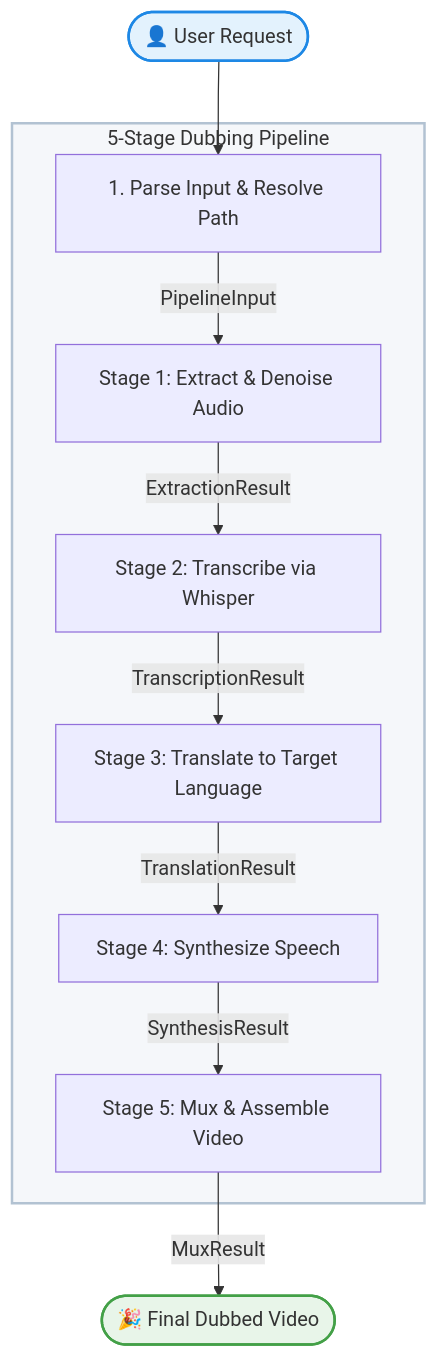
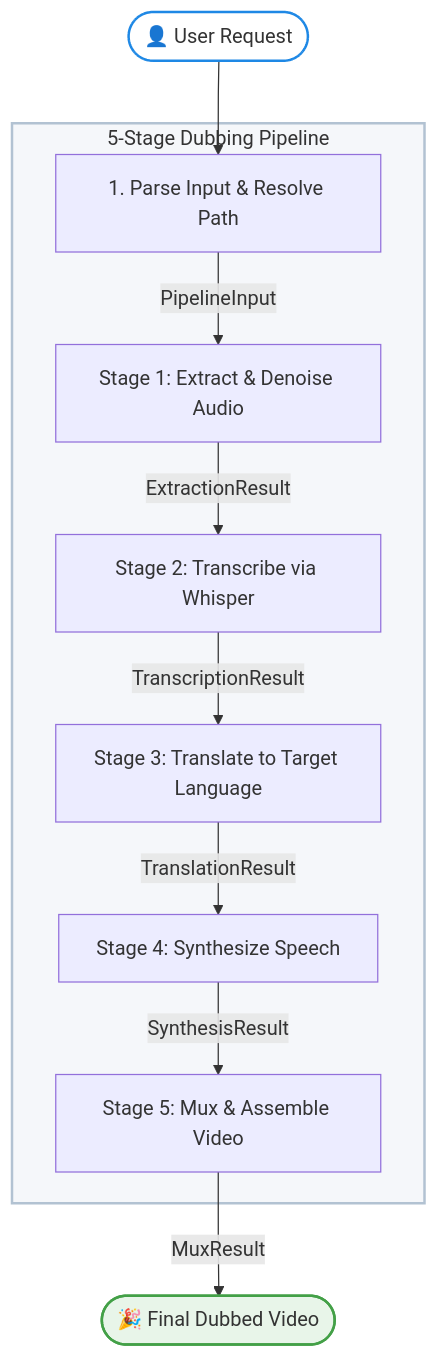
Before and after one commit to Bharath-2005-07/VaaniSync: the diagram in information/workflow_graph.md, drawn with Mermaid. The commit also changed other lines of this file and 8 other files, not shown here.

````diff
--- a/information/workflow_graph.md
+++ b/information/workflow_graph.md
@@ -9,18 +9,18 @@
 ```mermaid
 flowchart TD
     START(["👤 User Request"]) --> ParseInput["1. Parse Input & Resolve Path"]
     
     subgraph Pipeline ["5-Stage Dubbing Pipeline"]
         ParseInput -->|"PipelineInput"| ExtractAudio["Stage 1: Extract & Denoise Audio"]
         ExtractAudio -->|"ExtractionResult"| TranscribeAudio["Stage 2: Transcribe via Whisper"]
         TranscribeAudio -->|"TranscriptionResult"| TranslateSegments["Stage 3: Translate to Target Language"]
         TranslateSegments -->|"TranslationResult"| SynthesiseSegments["Stage 4: Synthesize Speech"]
         SynthesiseSegments -->|"SynthesisResult"| MuxVideo["Stage 5: Mux & Assemble Video"]
     end
 
     MuxVideo -->|"MuxResult"| END(["🎉 Final Dubbed Video"])
 
     style Pipeline fill:#f5f7fa,stroke:#b2c2d2,stroke-width:2px
-    style START fill:#e3f2fd,stroke:#1e88e5,stroke-width:2px
+    style START fill:none,stroke:#1e88e5,stroke-width:2px
     style END fill:#e8f5e9,stroke:#43a047,stroke-width:2px
 ```
````
